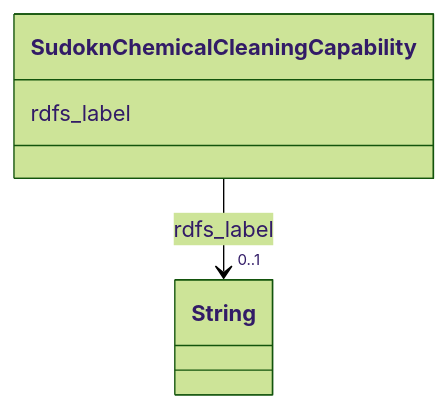
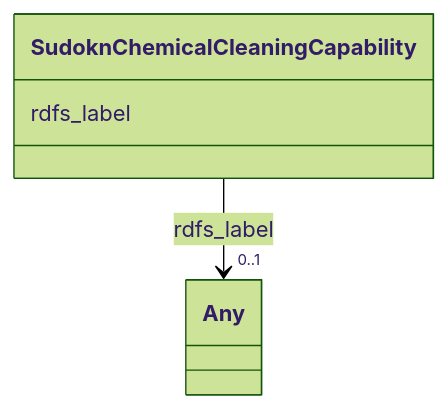
Before and after one commit to frink-okn/graph-descriptions: the diagram in sudokn-kg/classes/SudoknChemicalCleaningCapability.md, drawn with Mermaid (forest theme). The commit also changed other lines of this file and 903 other files, not shown here.

````diff
--- a/sudokn-kg/classes/SudoknChemicalCleaningCapability.md
+++ b/sudokn-kg/classes/SudoknChemicalCleaningCapability.md
@@ -23,15 +18,15 @@
 ```mermaid
  classDiagram
     class SudoknChemicalCleaningCapability
     click SudoknChemicalCleaningCapability href "../SudoknChemicalCleaningCapability"
       SudoknChemicalCleaningCapability : rdfs_label
         
           
     
     
-    SudoknChemicalCleaningCapability --> "0..1" String : rdfs_label
-    click String href "../String"
+    SudoknChemicalCleaningCapability --> "0..1" Any : rdfs_label
+    click Any href "../Any"
 
         
       
 ```
````
